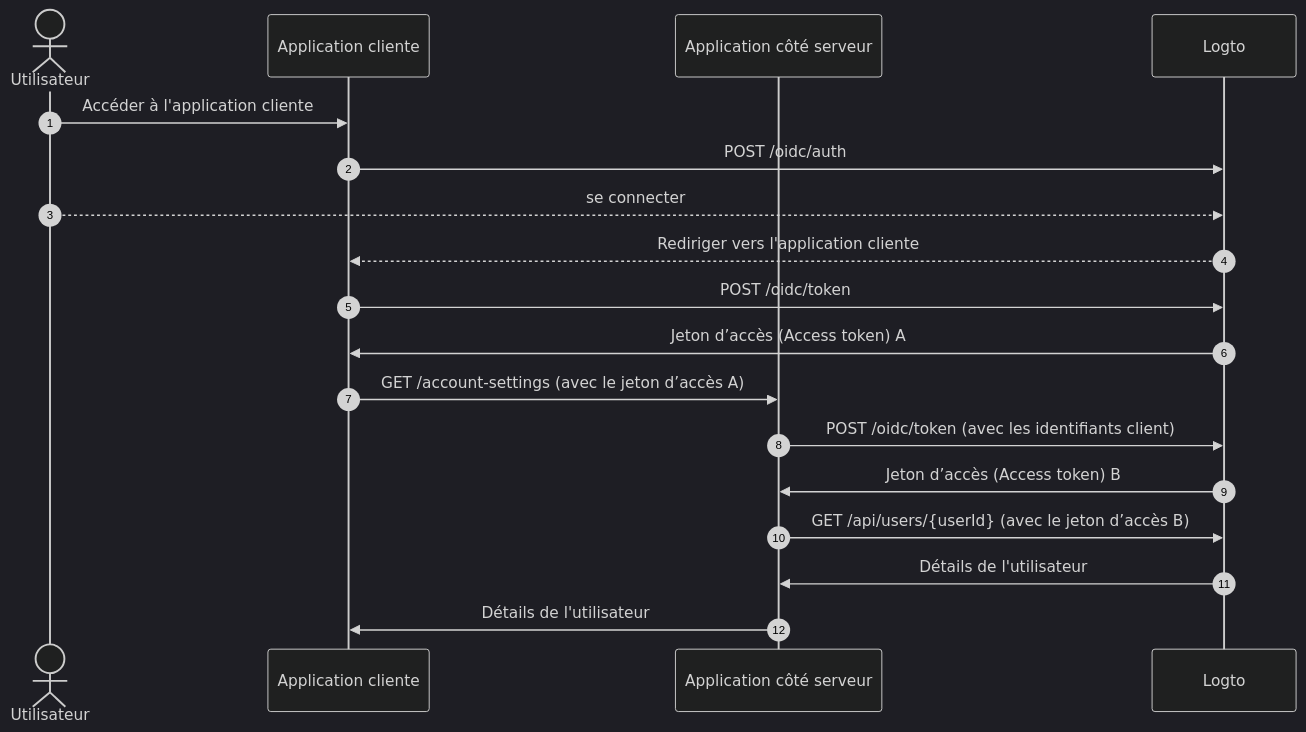
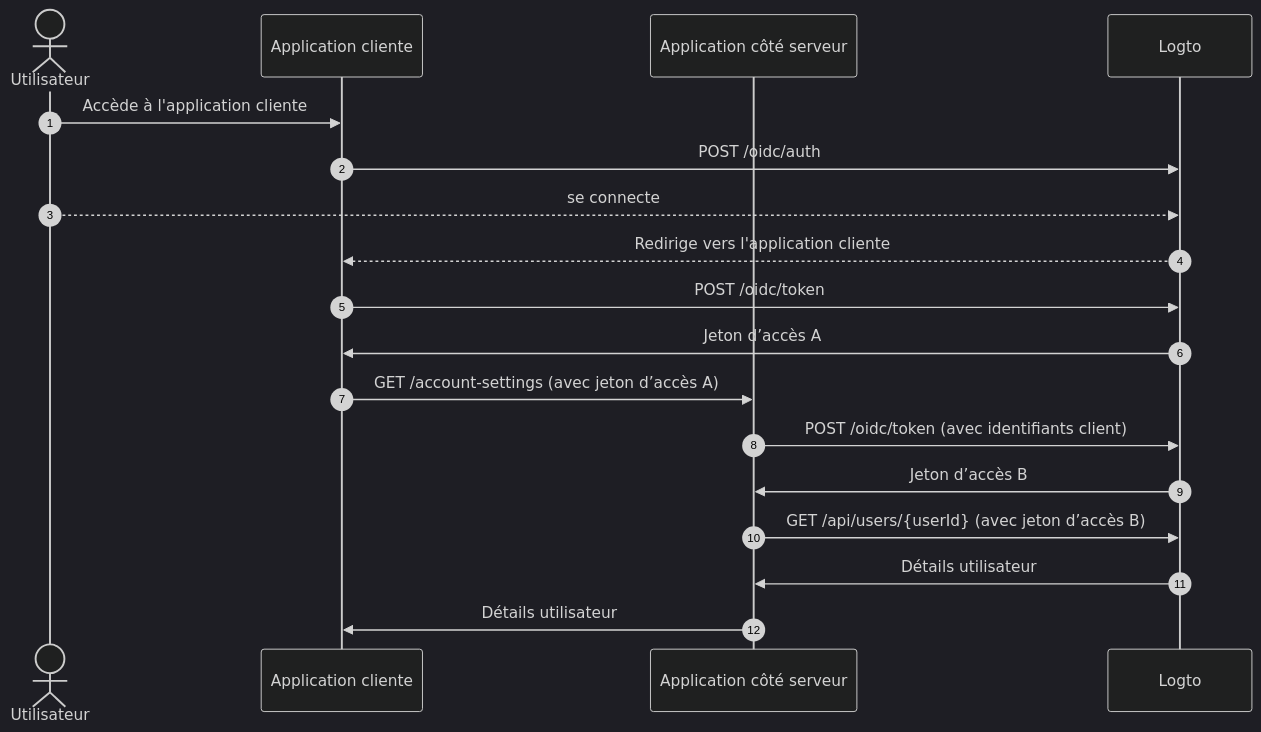
One commit to logto-io/docs changed the second of 3 diagrams in i18n/fr/docusaurus-plugin-content-docs/current/end-user-flows/account-settings/by-management-api.mdx. Above: the diagram before and after it, drawn with Mermaid (dark theme). The commit also changed other lines of this file and 80 other files, not shown here.

````diff
--- a/i18n/fr/docusaurus-plugin-content-docs/current/end-user-flows/account-settings/by-management-api.mdx
+++ b/i18n/fr/docusaurus-plugin-content-docs/current/end-user-flows/account-settings/by-management-api.mdx
@@ -27,21 +27,21 @@
 ```mermaid
   sequenceDiagram
     autonumber
     actor User as Utilisateur
     participant Client as Application cliente
     participant Server as Application côté serveur
     participant Logto as Logto
 
-    User ->> Client: Accéder à l'application cliente
+    User ->> Client: Accède à l'application cliente
     Client ->> Logto: POST /oidc/auth
-    User -->> Logto: se connecter
-    Logto -->> Client: Rediriger vers l'application cliente
+    User -->> Logto: se connecte
+    Logto -->> Client: Redirige vers l'application cliente
     Client ->> Logto: POST /oidc/token
-    Logto ->> Client: Jeton d’accès (Access token) A
-    Client ->> Server: GET /account-settings (avec le jeton d’accès A)
-    Server ->> Logto: POST /oidc/token (avec les identifiants client)
-    Logto ->> Server: Jeton d’accès (Access token) B
-    Server ->> Logto: GET /api/users/{userId} (avec le jeton d’accès B)
-    Logto ->> Server: Détails de l'utilisateur
-    Server ->> Client: Détails de l'utilisateur
+    Logto ->> Client: Jeton d’accès A
+    Client ->> Server: GET /account-settings (avec jeton d’accès A)
+    Server ->> Logto: POST /oidc/token (avec identifiants client)
+    Logto ->> Server: Jeton d’accès B
+    Server ->> Logto: GET /api/users/{userId} (avec jeton d’accès B)
+    Logto ->> Server: Détails utilisateur
+    Server ->> Client: Détails utilisateur
 ```
````
